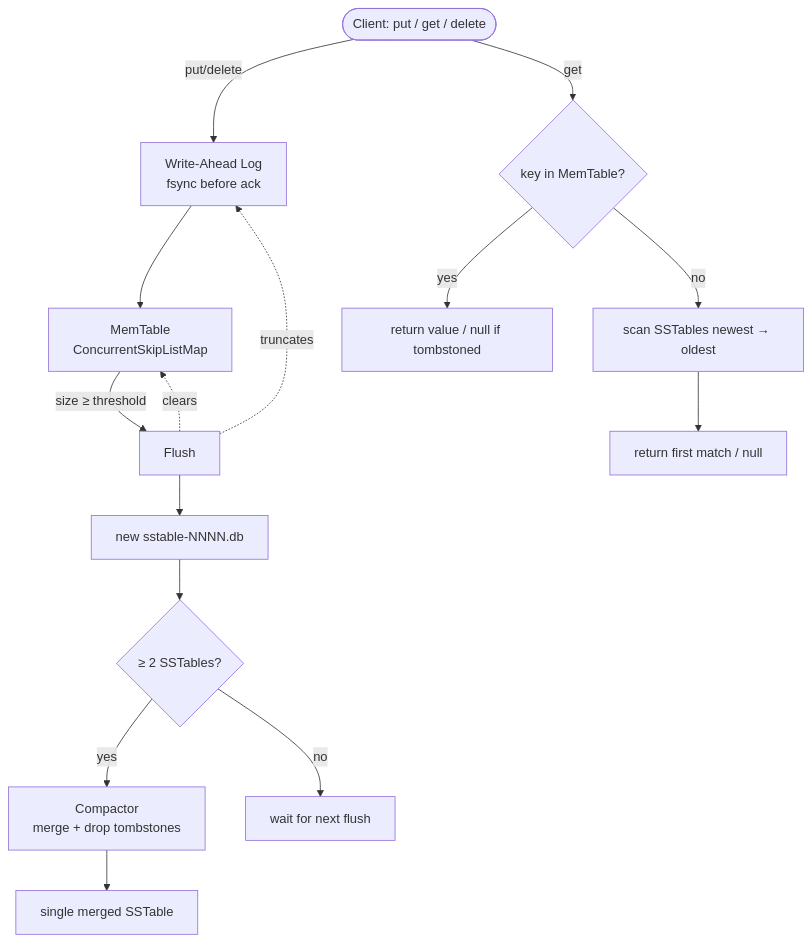
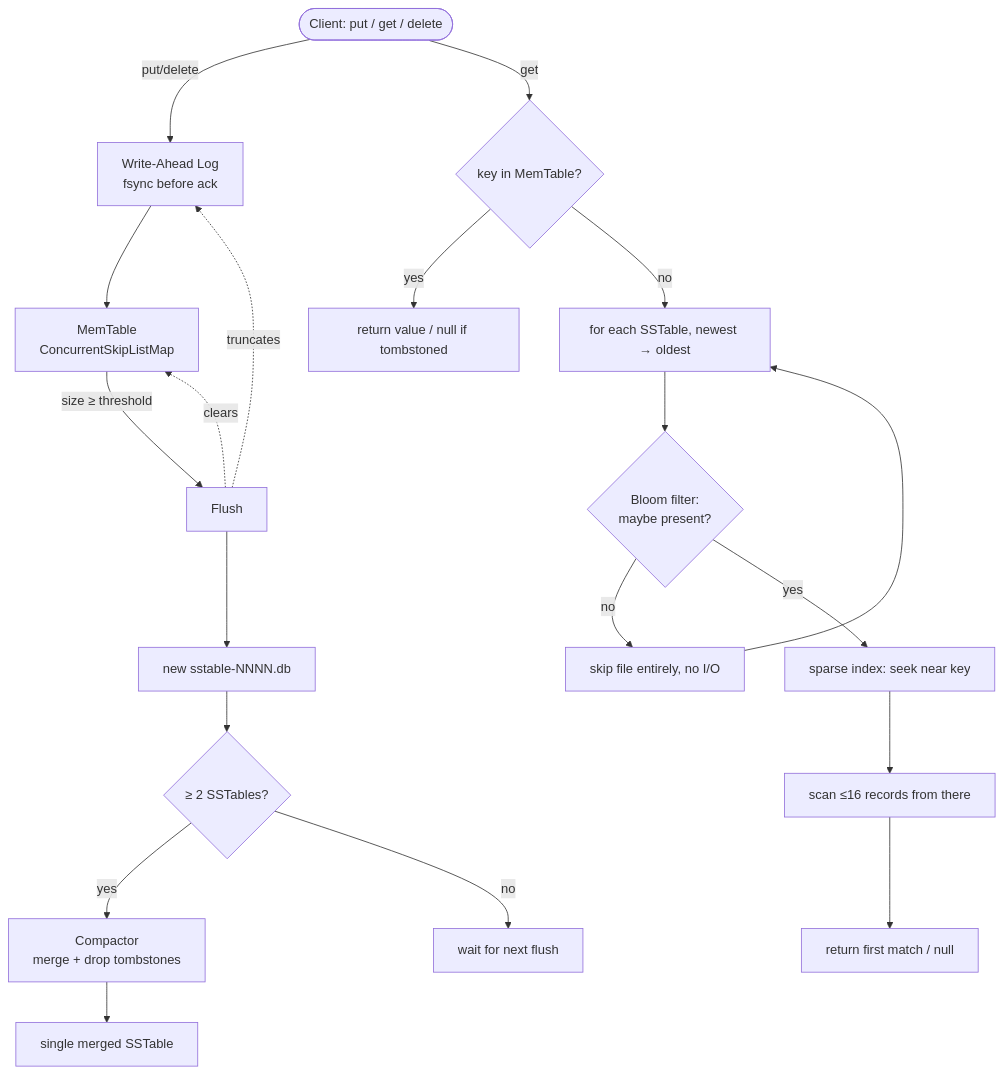
One commit to Parth160905/anvil changed the diagram in README.md. Above: the diagram before and after it, drawn with Mermaid. The commit also changed other lines of this file, not shown here.

Commit message:
Phase 6: update README with architecture diagram and official benchmark results

````diff
--- a/README.md
+++ b/README.md
@@ -13,22 +13,27 @@
 ```mermaid
 flowchart TD
     Client(["Client: put / get / delete"])
 
     Client -->|put/delete| WAL["Write-Ahead Log<br/>fsync before ack"]
     WAL --> MemTable["MemTable<br/>ConcurrentSkipListMap"]
 
     MemTable -->|"size ≥ threshold"| Flush["Flush"]
     Flush --> NewSST["new sstable-NNNN.db"]
     Flush -.clears.-> MemTable
     Flush -.truncates.-> WAL
 
     NewSST --> CompactCheck{"≥ 2 SSTables?"}
     CompactCheck -->|yes| Compactor["Compactor<br/>merge + drop tombstones"]
     Compactor --> MergedSST["single merged SSTable"]
     CompactCheck -->|no| Idle["wait for next flush"]
 
     Client -->|get| ReadMem{"key in MemTable?"}
     ReadMem -->|yes| ReturnMem["return value / null if tombstoned"]
-    ReadMem -->|no| ReadSST["scan SSTables newest → oldest"]
-    ReadSST --> ReturnSST["return first match / null"]
+    ReadMem -->|no| ReadSST["for each SSTable, newest → oldest"]
+    ReadSST --> Bloom{"Bloom filter:<br/>maybe present?"}
+    Bloom -->|no| NextTable["skip file entirely, no I/O"]
+    Bloom -->|yes| Sparse["sparse index: seek near key"]
+    Sparse --> ShortScan["scan ≤16 records from there"]
+    ShortScan --> ReturnSST["return first match / null"]
+    NextTable --> ReadSST
 ```
````
